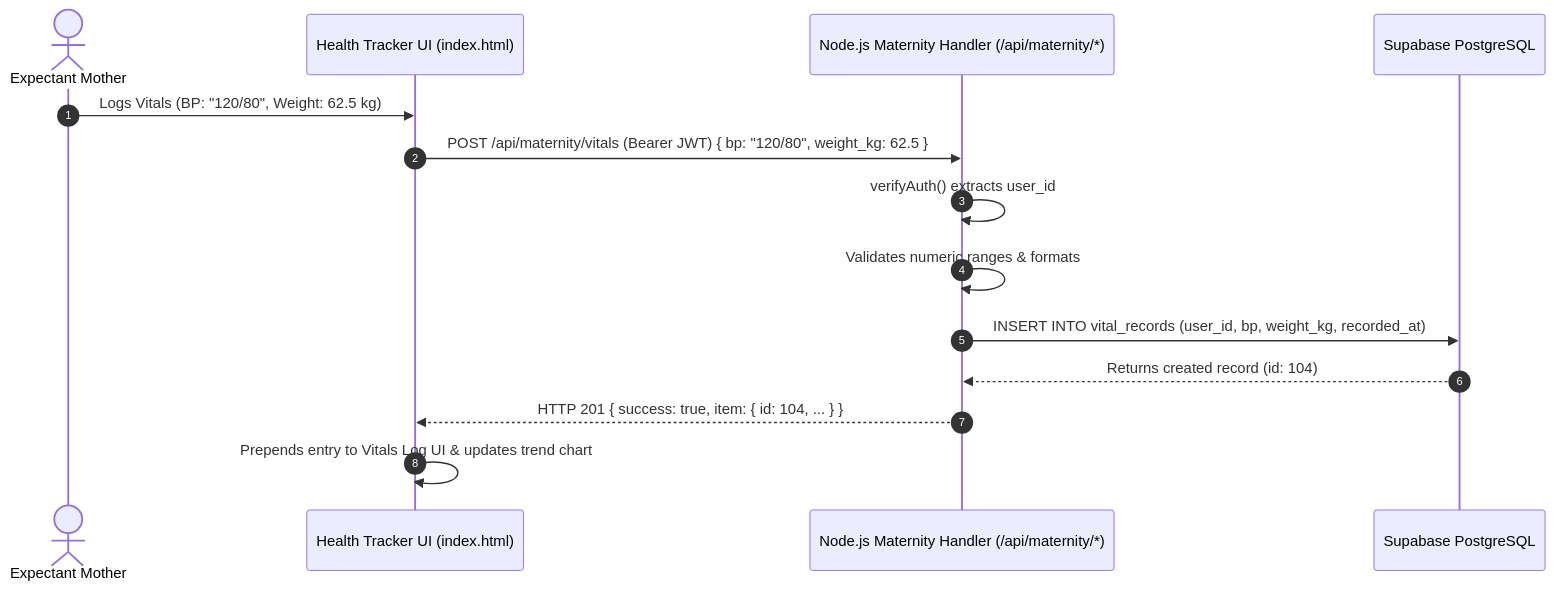
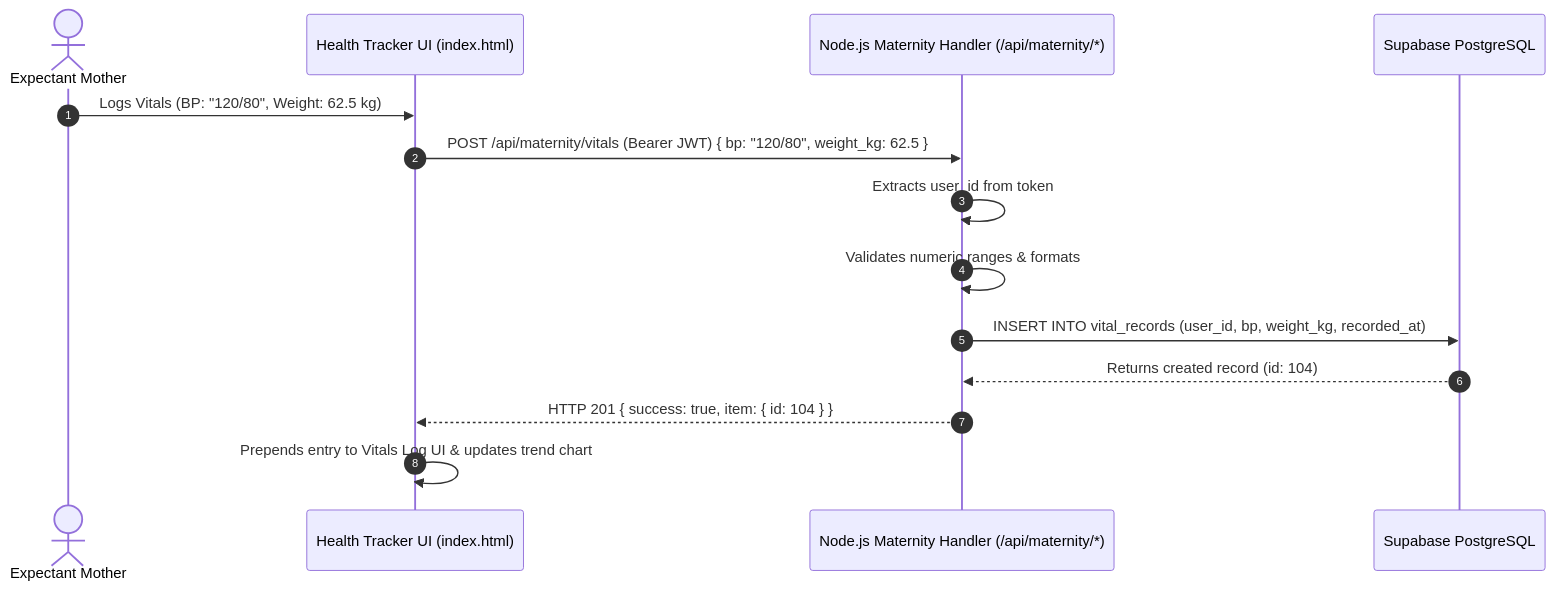
The fourth of 5 diagrams in Shokhi-AI-main/docs/TARGET_ARCHITECTURE.md (aajubairprince-bot/api-connected-), drawn with Mermaid before and after one commit. The commit also changed other lines of this file and 2 other files, not shown here.

Commit message:
Fix-Mermaid-Diagram-Syntax

````diff
--- a/Shokhi-AI-main/docs/TARGET_ARCHITECTURE.md
+++ b/Shokhi-AI-main/docs/TARGET_ARCHITECTURE.md
@@ -171,17 +170,17 @@
 ```mermaid
 sequenceDiagram
     autonumber
     actor Mother as Expectant Mother
     participant Frontend as Health Tracker UI (index.html)
     participant MaternityAPI as Node.js Maternity Handler (/api/maternity/*)
     participant DB as Supabase PostgreSQL
 
     Mother->>Frontend: Logs Vitals (BP: "120/80", Weight: 62.5 kg)
     Frontend->>MaternityAPI: POST /api/maternity/vitals (Bearer JWT) { bp: "120/80", weight_kg: 62.5 }
-    MaternityAPI->>MaternityAPI: verifyAuth() extracts user_id
+    MaternityAPI->>MaternityAPI: Extracts user_id from token
     MaternityAPI->>MaternityAPI: Validates numeric ranges & formats
     MaternityAPI->>DB: INSERT INTO vital_records (user_id, bp, weight_kg, recorded_at)
     DB-->>MaternityAPI: Returns created record (id: 104)
-    MaternityAPI-->>Frontend: HTTP 201 { success: true, item: { id: 104, ... } }
+    MaternityAPI-->>Frontend: HTTP 201 { success: true, item: { id: 104 } }
     Frontend->>Frontend: Prepends entry to Vitals Log UI & updates trend chart
 ```
````
